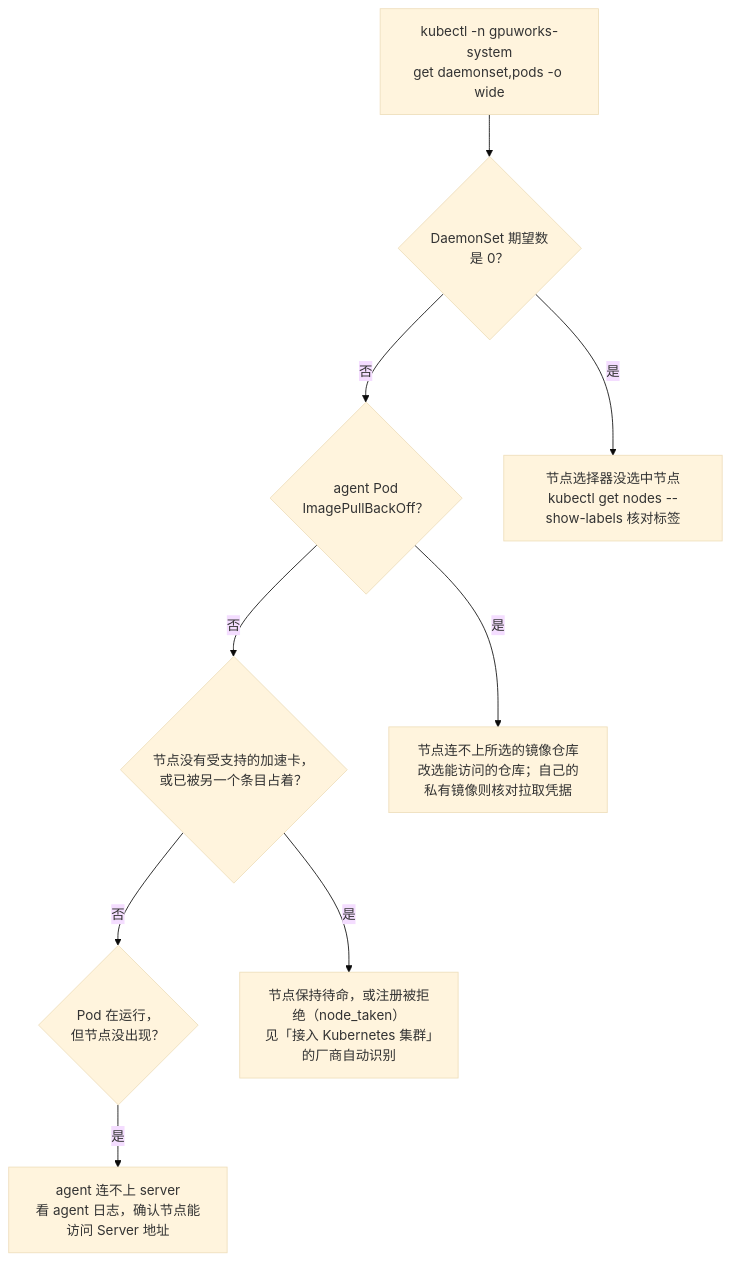
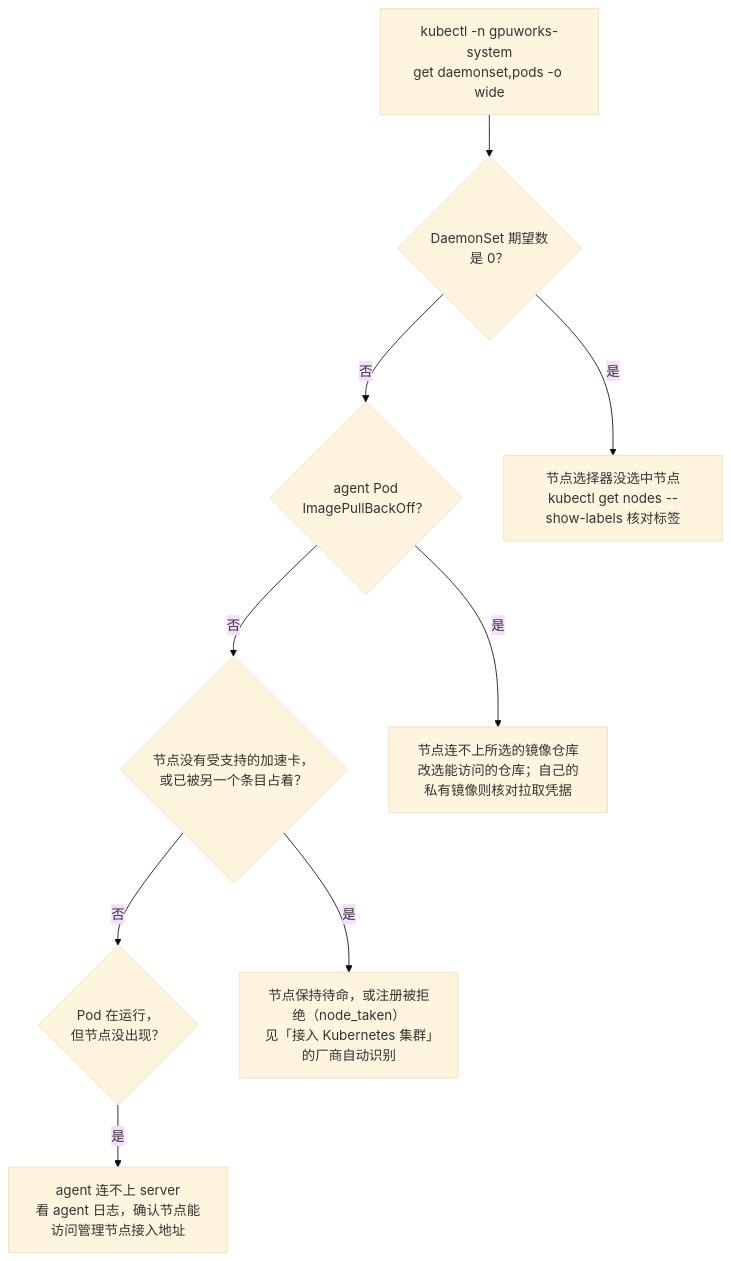
The third of 3 diagrams in docs/how-to/connect-managed-kubernetes.md (flitai-io/gpuworks), drawn with Mermaid (base theme) before and after one commit. The commit also changed other lines of this file and 15 other files, not shown here.

````diff
--- a/docs/how-to/connect-managed-kubernetes.md
+++ b/docs/how-to/connect-managed-kubernetes.md
@@ -419,20 +422,20 @@
 ```mermaid
 flowchart TD
   start["kubectl -n gpuworks-system<br/>get daemonset,pods -o wide"]
   q1{"DaemonSet 期望数<br/>是 0？"}
   q2{"agent Pod<br/>ImagePullBackOff？"}
   q3{"节点没有受支持的加速卡，<br/>或已被另一个条目占着？"}
   q4{"Pod 在运行，<br/>但节点没出现？"}
   f1["节点选择器没选中节点<br/>kubectl get nodes --show-labels 核对标签"]
   f2["节点连不上所选的镜像仓库<br/>改选能访问的仓库；自己的私有镜像则核对拉取凭据"]
   f3["节点保持待命，或注册被拒绝（node_taken）<br/>见「接入 Kubernetes 集群」的厂商自动识别"]
-  f4["agent 连不上 server<br/>看 agent 日志，确认节点能访问 Server 地址"]
+  f4["agent 连不上 server<br/>看 agent 日志，确认节点能访问管理节点接入地址"]
   start --> q1
   q1 -- 是 --> f1
   q1 -- 否 --> q2
   q2 -- 是 --> f2
   q2 -- 否 --> q3
   q3 -- 是 --> f3
   q3 -- 否 --> q4
   q4 -- 是 --> f4
 ```
````
